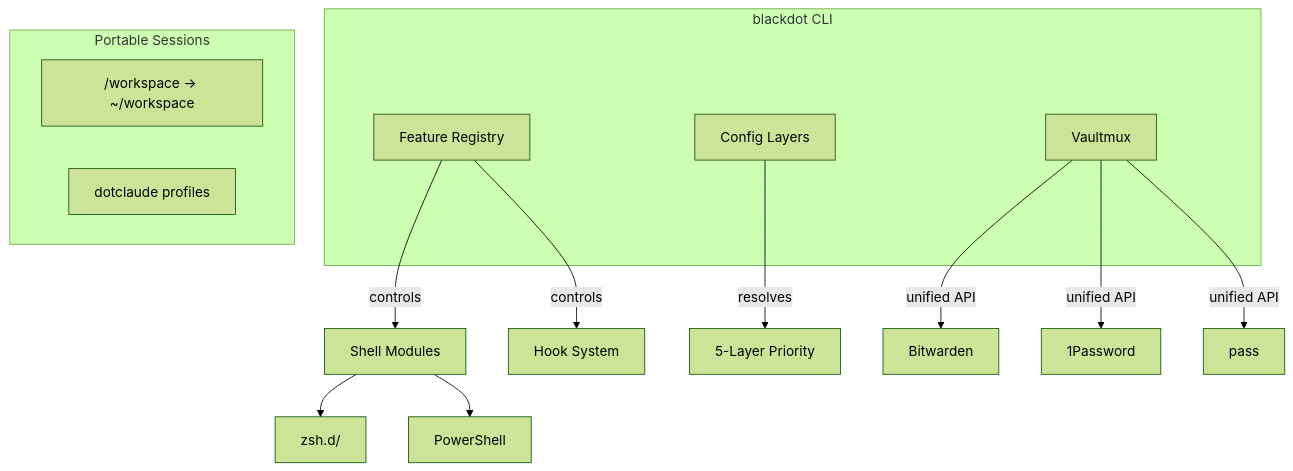
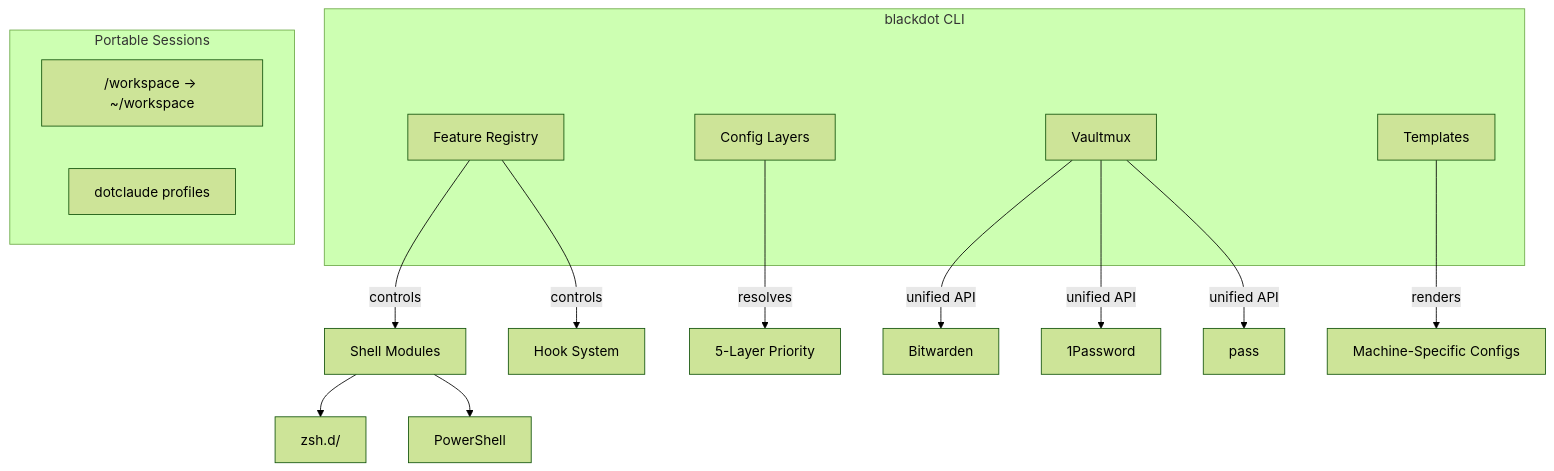
Before and after one commit to blackwell-systems/blackdot: the diagram in README.md, drawn with Mermaid (forest theme). The commit also changed other lines of this file, not shown here.

First line of the commit message:
docs: Add Templates to Framework Architecture diagram

````diff
--- a/README.md
+++ b/README.md
@@ -310,23 +310,25 @@
 ```mermaid
 graph TB
     subgraph CLI["blackdot CLI"]
         FR[Feature Registry]
         CL[Config Layers]
         VM[Vaultmux]
+        TM[Templates]
     end
 
     FR -->|controls| Shell[Shell Modules]
     FR -->|controls| Hooks[Hook System]
     CL -->|resolves| Settings[5-Layer Priority]
     VM -->|unified API| BW[Bitwarden]
     VM -->|unified API| OP[1Password]
     VM -->|unified API| Pass[pass]
+    TM -->|renders| Configs[Machine-Specific Configs]
 
     Shell --> ZSH[zsh.d/]
     Shell --> PS[PowerShell]
 
     subgraph Portable[Portable Sessions]
         WS["/workspace → ~/workspace"]
         DC[dotclaude profiles]
     end
 ```
````
